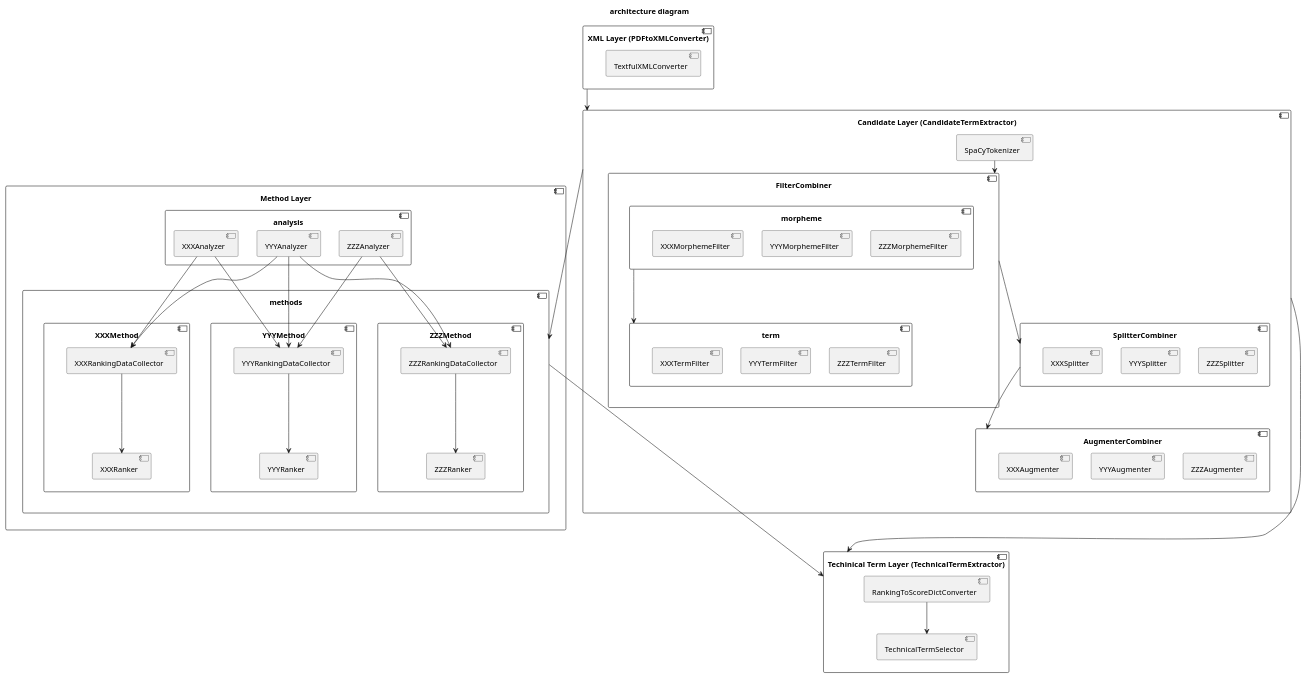
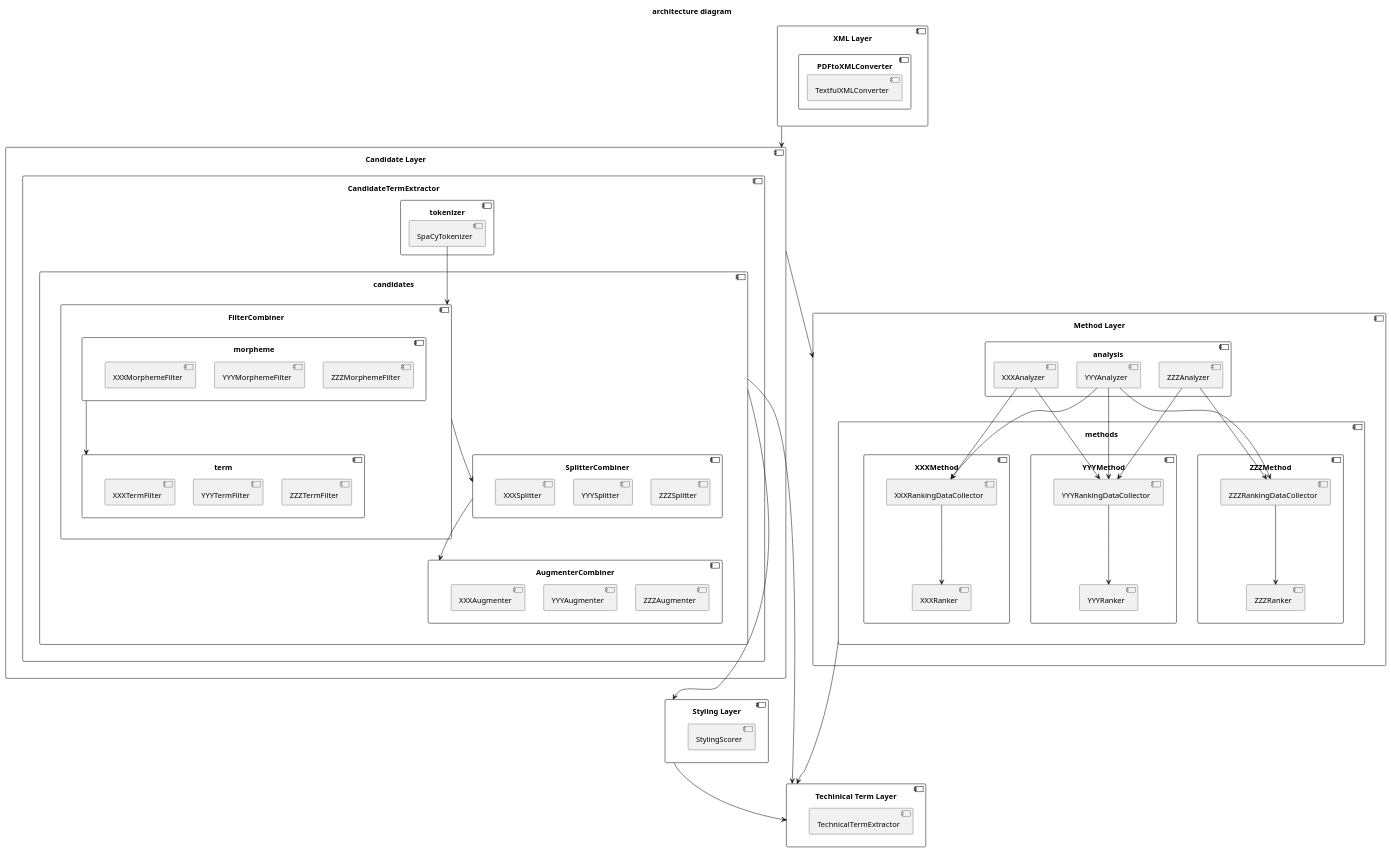
One commit to kumachan-mis/py-pdf-term changed the diagram in docs/architecture.puml. Above: the diagram before and after it, drawn with PlantUML.

Commit message:
docs: update architecture (#81)

```diff
--- a/docs/architecture.puml
+++ b/docs/architecture.puml
@@ -1,112 +1,123 @@
 @startuml
 title "architecture diagram"
 
-component "XML Layer (PDFtoXMLConverter)" as XMLLayer {
-    component TextfulXMLConverter
+component "XML Layer" as XMLLayer {
+    component PDFtoXMLConverter {
+        component TextfulXMLConverter
+    }
 }
 
-component "Candidate Layer (CandidateTermExtractor)" as CandidateLayer {
-    component SpaCyTokenizer
-    component FilterCombiner {
-        component morpheme {
-            component XXXMorphemeFilter
-            component YYYMorphemeFilter
-            component ZZZMorphemeFilter
-
-            XXXMorphemeFilter -[hidden]right- YYYMorphemeFilter
-            YYYMorphemeFilter -[hidden]right- ZZZMorphemeFilter
+component "Candidate Layer" as CandidateLayer {
+    component CandidateTermExtractor {
+        component tokenizer {
+            component SpaCyTokenizer
         }
 
-        component term {
-            component XXXTermFilter
-            component YYYTermFilter
-            component ZZZTermFilter
+        component candidates {
+            component FilterCombiner {
+                component morpheme {
+                    component XXXMorphemeFilter
+                    component YYYMorphemeFilter
+                    component ZZZMorphemeFilter
 
-            XXXTermFilter -[hidden]right- YYYTermFilter
-            YYYTermFilter -[hidden]right- ZZZTermFilter
+                    XXXMorphemeFilter -[hidden]right- YYYMorphemeFilter
+                    YYYMorphemeFilter -[hidden]right- ZZZMorphemeFilter
+                }
+
+                component term {
+                    component XXXTermFilter
+                    component YYYTermFilter
+                    component ZZZTermFilter
+
+                    XXXTermFilter -[hidden]right- YYYTermFilter
+                    YYYTermFilter -[hidden]right- ZZZTermFilter
+                }
+                morpheme -down-> term
+            }
+
+            component SplitterCombiner {
+                component XXXSplitter
+                component YYYSplitter
+                component ZZZSplitter
+
+                XXXSplitter -[hidden]right- YYYSplitter
+                YYYSplitter -[hidden]right- ZZZSplitter
+            }
+
+            component AugmenterCombiner {
+                component XXXAugmenter
+                component YYYAugmenter
+                component ZZZAugmenter
+
+                XXXAugmenter -[hidden]right- YYYAugmenter
+                YYYAugmenter -[hidden]right- ZZZAugmenter
+            }
         }
-        morpheme -down-> term
     }
-
-    component SplitterCombiner {
-        component XXXSplitter
-        component YYYSplitter
-        component ZZZSplitter
-
-        XXXSplitter -[hidden]right- YYYSplitter
-        YYYSplitter -[hidden]right- ZZZSplitter
-    }
-
-    component AugmenterCombiner {
-        component XXXAugmenter
-        component YYYAugmenter
-        component ZZZAugmenter
-
-        XXXAugmenter -[hidden]right- YYYAugmenter
-        YYYAugmenter -[hidden]right- ZZZAugmenter
-    }
-
     SpaCyTokenizer -down-> FilterCombiner
     FilterCombiner -down-> SplitterCombiner
     SplitterCombiner -down-> AugmenterCombiner
     
 }
 
 component "Method Layer" as MethodLayer {
     component analysis {
         component XXXAnalyzer
         component YYYAnalyzer
         component ZZZAnalyzer
 
         XXXAnalyzer -[hidden]right- YYYAnalyzer
         YYYAnalyzer -[hidden]right- ZZZAnalyzer
     }
 
     component methods {
         component XXXMethod {
             component XXXRankingDataCollector
             component XXXRanker
 
             XXXRankingDataCollector -down-> XXXRanker
         }
 
         component YYYMethod {
             component YYYRankingDataCollector
             component YYYRanker
 
             YYYRankingDataCollector -down-> YYYRanker
         }
 
         component ZZZMethod {
             component ZZZRankingDataCollector
             component ZZZRanker
 
             ZZZRankingDataCollector -down-> ZZZRanker
         }
 
         XXXMethod -[hidden]right- YYYMethod
         YYYMethod -[hidden]right- ZZZMethod
     }
 
     XXXAnalyzer -down-> XXXRankingDataCollector
     YYYAnalyzer -down-> XXXRankingDataCollector
     XXXAnalyzer -down-> YYYRankingDataCollector
     YYYAnalyzer -down-> YYYRankingDataCollector
     ZZZAnalyzer -down-> YYYRankingDataCollector
     YYYAnalyzer -down-> ZZZRankingDataCollector
     ZZZAnalyzer -down-> ZZZRankingDataCollector
 }
 
-component "Techinical Term Layer (TechnicalTermExtractor)" as TechinicalTermLayer {
-    component RankingToScoreDictConverter
-    component TechnicalTermSelector
-    RankingToScoreDictConverter -down->  TechnicalTermSelector
+component "Styling Layer" as StylingLayer {
+    component StylingScorer
+}
+
+component "Techinical Term Layer" as TechinicalTermLayer {
+    component TechnicalTermExtractor
 }
 
 XMLLayer -down-> CandidateLayer
-CandidateLayer --down-> methods
-CandidateLayer ---down-> TechinicalTermLayer
+CandidateLayer -down-> MethodLayer
+candidates ---down-> StylingLayer
+candidates --down-> TechinicalTermLayer
 methods ---down-> TechinicalTermLayer
-
+StylingLayer -down-> TechinicalTermLayer
 
 @enduml
```
